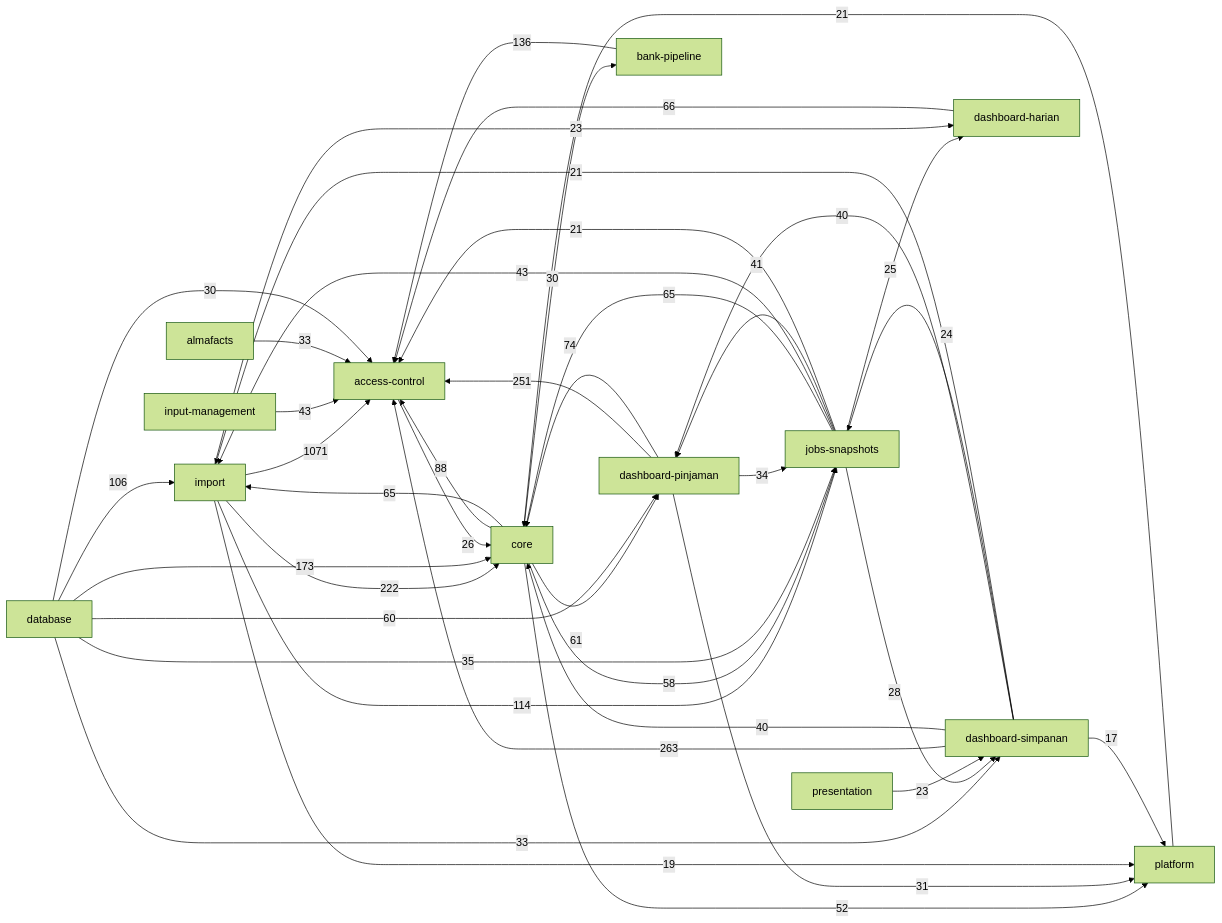
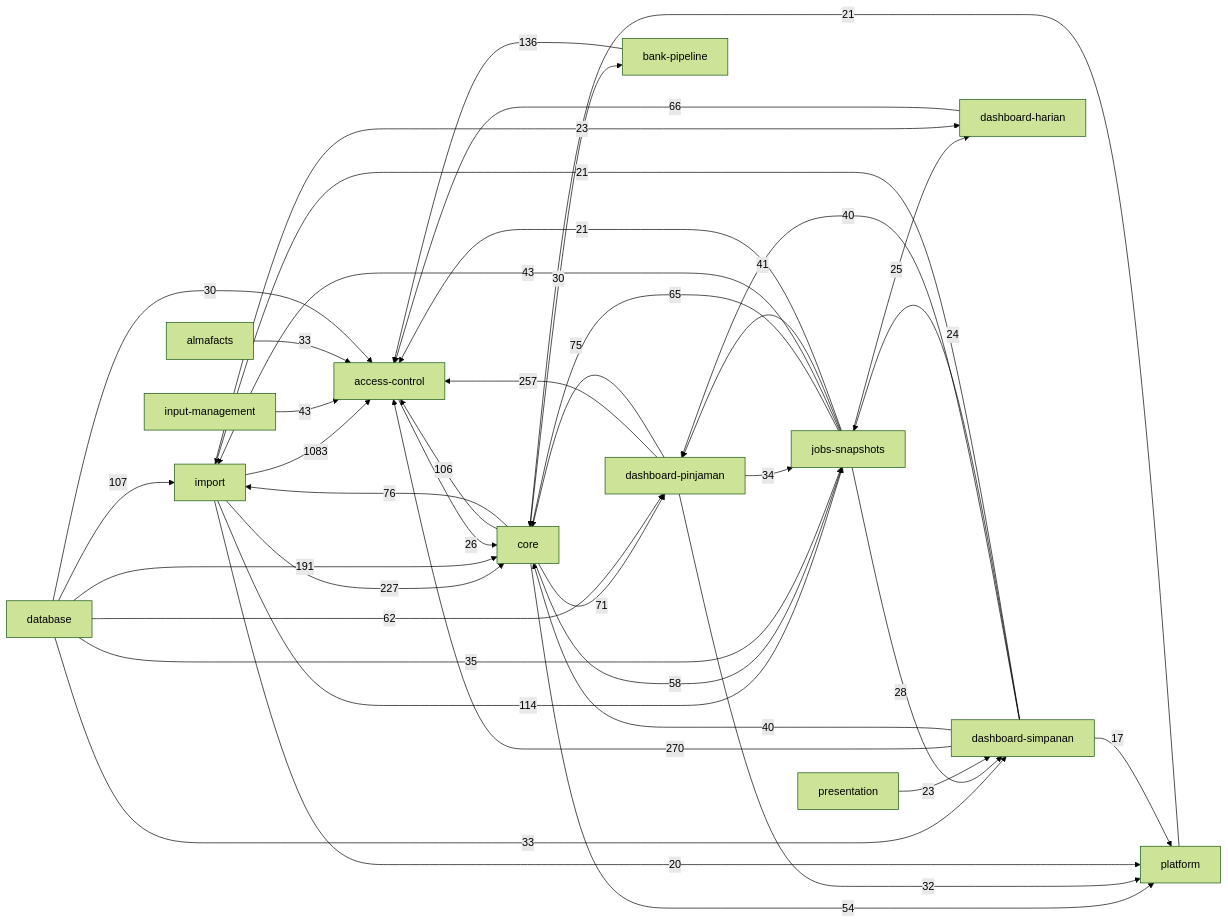
One commit to RizalloN/project-abah changed the diagram in docs/knowledge-graph/ARCHITECTURE.md. Above: the diagram before and after it, drawn with Mermaid (forest theme). The commit also changed other lines of this file and 139 other files, not shown here.

````diff
--- a/docs/knowledge-graph/ARCHITECTURE.md
+++ b/docs/knowledge-graph/ARCHITECTURE.md
@@ -5,43 +5,43 @@
 ```mermaid
 flowchart LR
-    d_d942f64886["import"] -->|1071| d_c393a69167["access-control"]
-    d_90026ec21f["dashboard-simpanan"] -->|263| d_c393a69167["access-control"]
-    d_c1933689a3["dashboard-pinjaman"] -->|251| d_c393a69167["access-control"]
-    d_d942f64886["import"] -->|222| d_0d45f5fd46["core"]
-    d_3549b0028b["database"] -->|173| d_0d45f5fd46["core"]
+    d_d942f64886["import"] -->|1083| d_c393a69167["access-control"]
+    d_90026ec21f["dashboard-simpanan"] -->|270| d_c393a69167["access-control"]
+    d_c1933689a3["dashboard-pinjaman"] -->|257| d_c393a69167["access-control"]
+    d_d942f64886["import"] -->|227| d_0d45f5fd46["core"]
+    d_3549b0028b["database"] -->|191| d_0d45f5fd46["core"]
     d_39bcb775e4["bank-pipeline"] -->|136| d_c393a69167["access-control"]
     d_d942f64886["import"] -->|114| d_7c16aa6a77["jobs-snapshots"]
-    d_3549b0028b["database"] -->|106| d_d942f64886["import"]
-    d_0d45f5fd46["core"] -->|88| d_c393a69167["access-control"]
-    d_c1933689a3["dashboard-pinjaman"] -->|74| d_0d45f5fd46["core"]
+    d_3549b0028b["database"] -->|107| d_d942f64886["import"]
+    d_0d45f5fd46["core"] -->|106| d_c393a69167["access-control"]
+    d_0d45f5fd46["core"] -->|76| d_d942f64886["import"]
+    d_c1933689a3["dashboard-pinjaman"] -->|75| d_0d45f5fd46["core"]
+    d_0d45f5fd46["core"] -->|71| d_c1933689a3["dashboard-pinjaman"]
     d_a0a49fdd98["dashboard-harian"] -->|66| d_c393a69167["access-control"]
     d_7c16aa6a77["jobs-snapshots"] -->|65| d_0d45f5fd46["core"]
-    d_0d45f5fd46["core"] -->|65| d_d942f64886["import"]
-    d_0d45f5fd46["core"] -->|61| d_c1933689a3["dashboard-pinjaman"]
-    d_3549b0028b["database"] -->|60| d_c1933689a3["dashboard-pinjaman"]
+    d_3549b0028b["database"] -->|62| d_c1933689a3["dashboard-pinjaman"]
     d_0d45f5fd46["core"] -->|58| d_7c16aa6a77["jobs-snapshots"]
-    d_0d45f5fd46["core"] -->|52| d_d294fcce0c["platform"]
+    d_0d45f5fd46["core"] -->|54| d_d294fcce0c["platform"]
     d_7c16aa6a77["jobs-snapshots"] -->|43| d_d942f64886["import"]
     d_b70a9d941d["input-management"] -->|43| d_c393a69167["access-control"]
     d_7c16aa6a77["jobs-snapshots"] -->|41| d_c1933689a3["dashboard-pinjaman"]
     d_90026ec21f["dashboard-simpanan"] -->|40| d_0d45f5fd46["core"]
     d_90026ec21f["dashboard-simpanan"] -->|40| d_c1933689a3["dashboard-pinjaman"]
     d_3549b0028b["database"] -->|35| d_7c16aa6a77["jobs-snapshots"]
     d_c1933689a3["dashboard-pinjaman"] -->|34| d_7c16aa6a77["jobs-snapshots"]
     d_3549b0028b["database"] -->|33| d_90026ec21f["dashboard-simpanan"]
     d_b89824cc5a["almafacts"] -->|33| d_c393a69167["access-control"]
-    d_c1933689a3["dashboard-pinjaman"] -->|31| d_d294fcce0c["platform"]
+    d_c1933689a3["dashboard-pinjaman"] -->|32| d_d294fcce0c["platform"]
     d_3549b0028b["database"] -->|30| d_c393a69167["access-control"]
     d_0d45f5fd46["core"] -->|30| d_39bcb775e4["bank-pipeline"]
     d_7c16aa6a77["jobs-snapshots"] -->|28| d_90026ec21f["dashboard-simpanan"]
     d_c393a69167["access-control"] -->|26| d_0d45f5fd46["core"]
     d_7c16aa6a77["jobs-snapshots"] -->|25| d_a0a49fdd98["dashboard-harian"]
     d_90026ec21f["dashboard-simpanan"] -->|24| d_7c16aa6a77["jobs-snapshots"]
     d_d942f64886["import"] -->|23| d_a0a49fdd98["dashboard-harian"]
     d_bfac314fef["presentation"] -->|23| d_90026ec21f["dashboard-simpanan"]
     d_d294fcce0c["platform"] -->|21| d_0d45f5fd46["core"]
     d_90026ec21f["dashboard-simpanan"] -->|21| d_d942f64886["import"]
     d_7c16aa6a77["jobs-snapshots"] -->|21| d_c393a69167["access-control"]
-    d_d942f64886["import"] -->|19| d_d294fcce0c["platform"]
+    d_d942f64886["import"] -->|20| d_d294fcce0c["platform"]
     d_90026ec21f["dashboard-simpanan"] -->|17| d_d294fcce0c["platform"]
 ```
````
